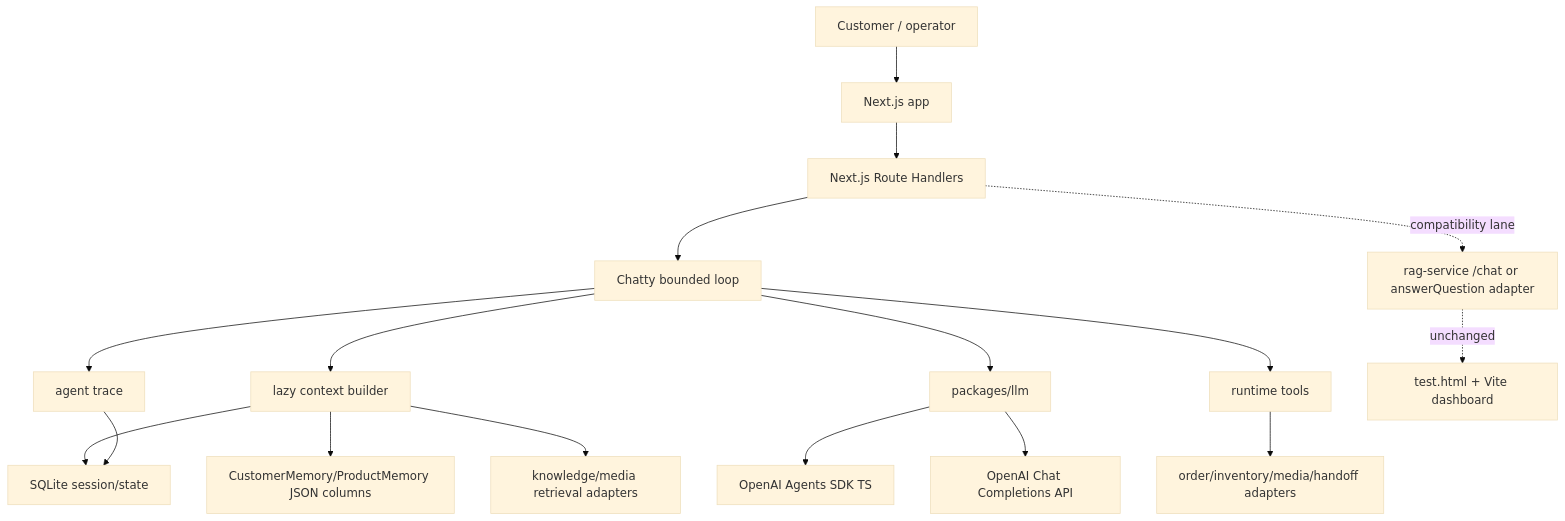
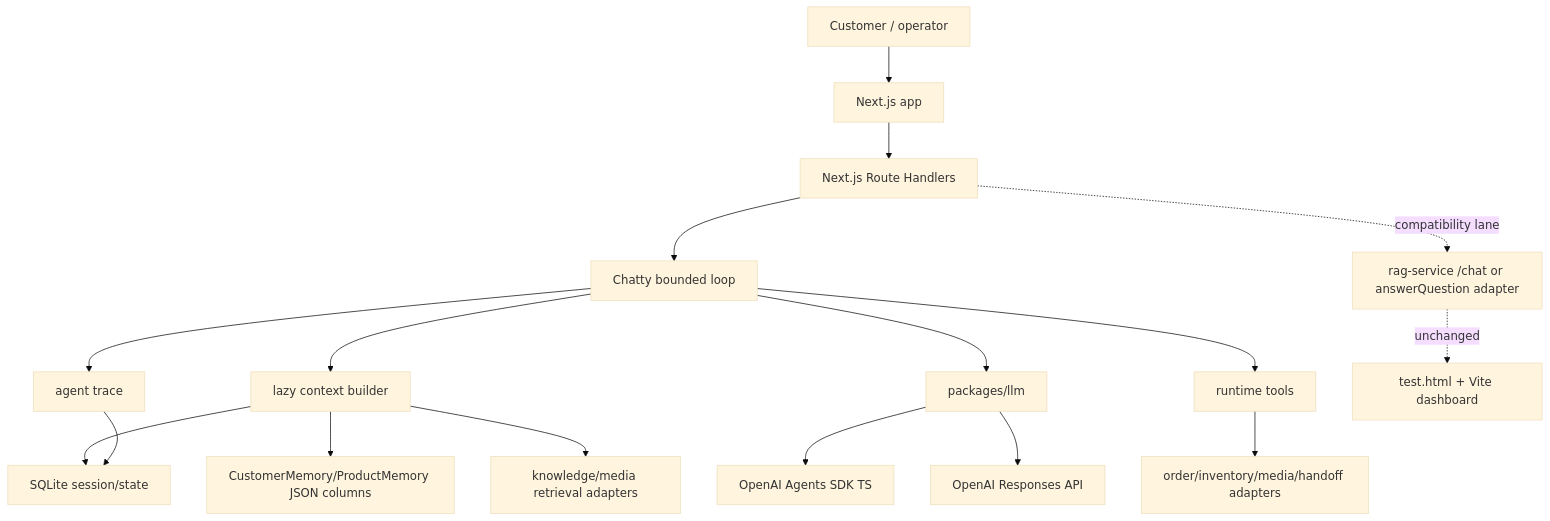
The first of 7 diagrams in docs/loop-engineering-plan.md (ImWenyaoT/chatty), drawn with Mermaid (base theme) before and after one commit. The commit also changed other lines of this file and 33 other files, not shown here.

Commit message:
chore(chatty): migrate to pnpm and responses api

````diff
--- a/docs/loop-engineering-plan.md
+++ b/docs/loop-engineering-plan.md
@@ -74,19 +74,19 @@
 ```mermaid
 flowchart TD
   USER["Customer / operator"] --> WEB["Next.js app"]
   WEB --> ROUTE["Next.js Route Handlers"]
   ROUTE --> LOOP["Chatty bounded loop"]
   LOOP --> CTX["lazy context builder"]
   CTX --> SQLITE["SQLite session/state"]
   CTX --> MEMORY["CustomerMemory/ProductMemory JSON columns"]
   CTX --> KNOW["knowledge/media retrieval adapters"]
   LOOP --> LLM["packages/llm"]
   LLM --> AGENTS["OpenAI Agents SDK TS"]
-  LLM --> CHAT["OpenAI Chat Completions API"]
+  LLM --> CHAT["OpenAI Responses API"]
   LOOP --> TOOLS["runtime tools"]
   TOOLS --> ORDER["order/inventory/media/handoff adapters"]
   LOOP --> TRACE["agent trace"]
   TRACE --> SQLITE
   ROUTE -. "compatibility lane" .-> LEGACY["rag-service /chat or answerQuestion adapter"]
   LEGACY -. "unchanged" .-> OLDUI["test.html + Vite dashboard"]
 ```
````
